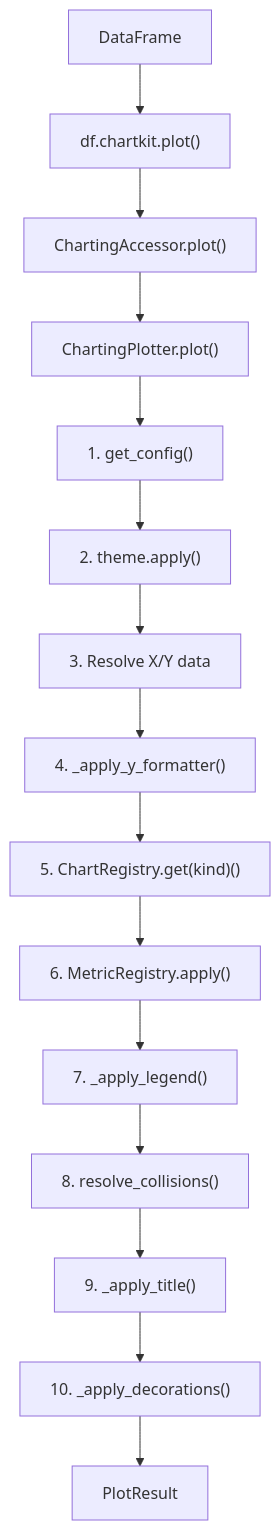
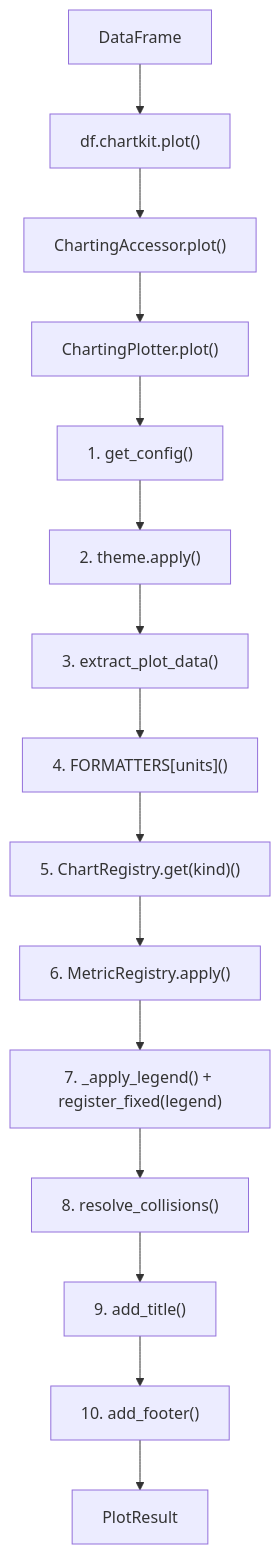
Before and after one commit to enzoomoreira/chartkit: the diagram in docs/contributing/architecture.md, drawn with Mermaid. The commit also changed other lines of this file and 54 other files, not shown here.

First line of the commit message:
feat: add chart composition with dual-axis support

````diff
--- a/docs/contributing/architecture.md
+++ b/docs/contributing/architecture.md
@@ -73,18 +90,18 @@
 ```mermaid
 flowchart TD
     A[DataFrame] --> B["df.chartkit.plot()"]
     B --> C["ChartingAccessor.plot()"]
     C --> D["ChartingPlotter.plot()"]
 
     D --> D1["1. get_config()"]
     D1 --> D2["2. theme.apply()"]
-    D2 --> D3["3. Resolve X/Y data"]
-    D3 --> D4["4. _apply_y_formatter()"]
+    D2 --> D3["3. extract_plot_data()"]
+    D3 --> D4["4. FORMATTERS[units]()"]
     D4 --> D5["5. ChartRegistry.get(kind)()"]
     D5 --> D6["6. MetricRegistry.apply()"]
-    D6 --> D6b["7. _apply_legend()"]
+    D6 --> D6b["7. _apply_legend() + register_fixed(legend)"]
     D6b --> D7["8. resolve_collisions()"]
-    D7 --> D8["9. _apply_title()"]
-    D8 --> D9["10. _apply_decorations()"]
+    D7 --> D8["9. add_title()"]
+    D8 --> D9["10. add_footer()"]
     D9 --> E["PlotResult"]
 ```
````
